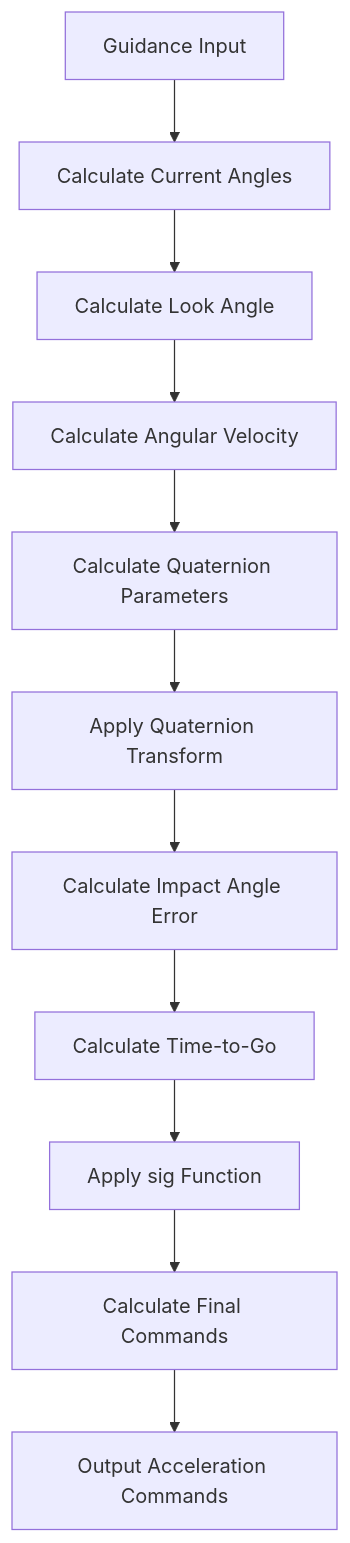
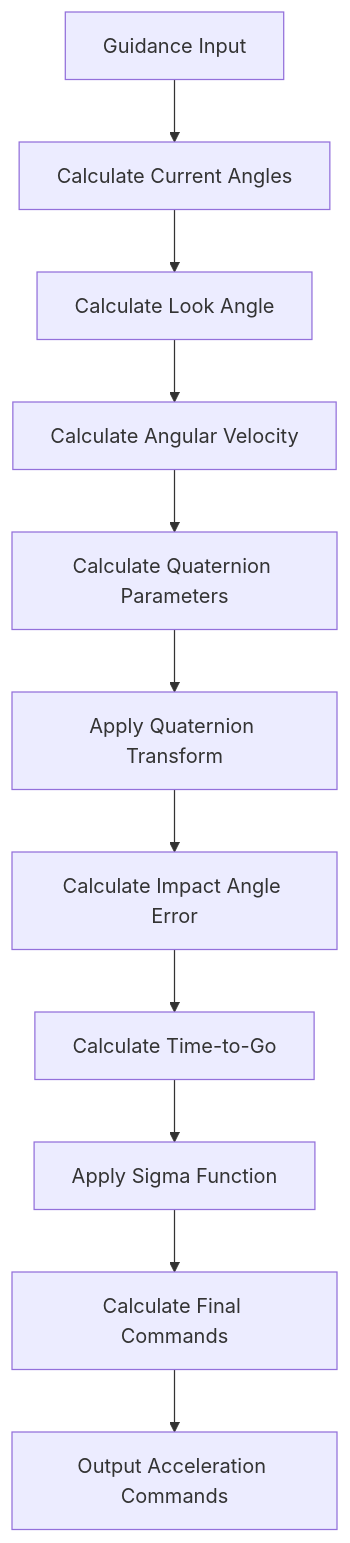
Before and after one commit to thespacelabsweb/spacelabs: the third of 4 diagrams in dev/mainsystemflow.md, drawn with Mermaid.

````diff
--- a/dev/mainsystemflow.md
+++ b/dev/mainsystemflow.md
@@ -81,15 +81,15 @@
 ```mermaid
 flowchart TD
     A2[Guidance Input] --> B2[Calculate Current Angles]
     B2 --> C2[Calculate Look Angle]
     C2 --> D2[Calculate Angular Velocity]
     D2 --> E2[Calculate Quaternion Parameters]
 
     E2 --> F2[Apply Quaternion Transform]
     F2 --> G2[Calculate Impact Angle Error]
     G2 --> H2[Calculate Time-to-Go]
-    H2 --> I2[Apply sig Function]
+    H2 --> I2[Apply Sigma Function]
     I2 --> J2[Calculate Final Commands]
 
     J2 --> K2[Output Acceleration Commands]
 ```
````
